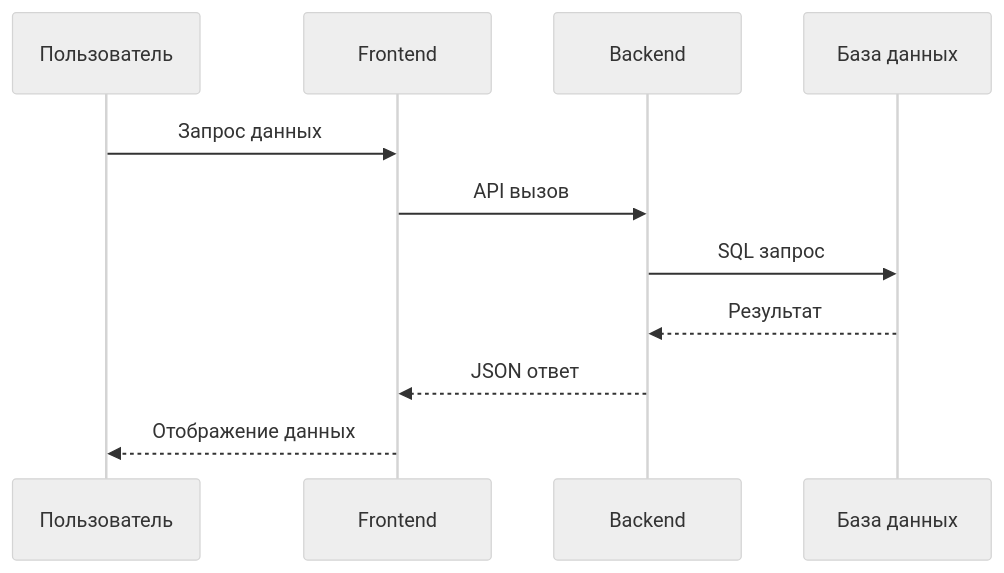
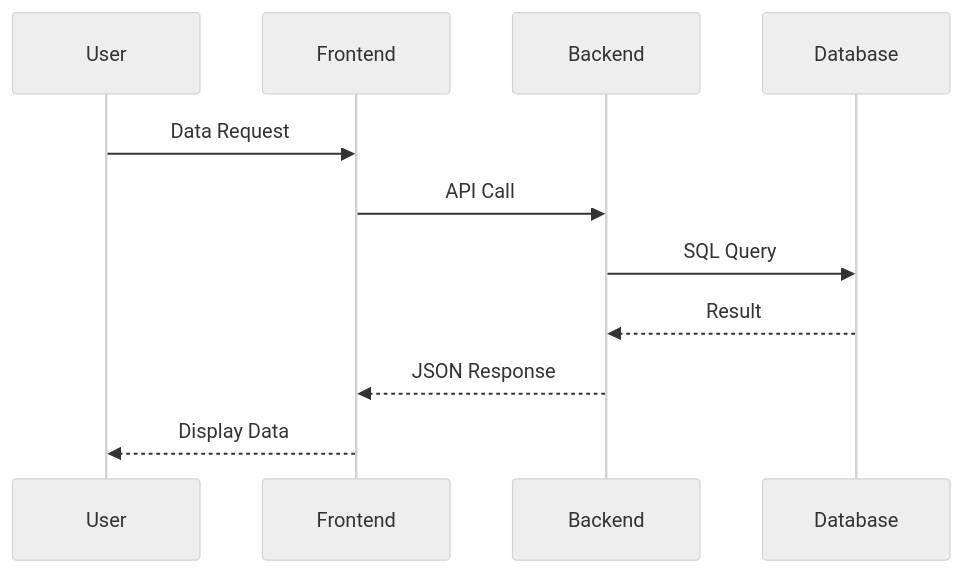
The second of 5 diagrams in content/1.mdx (GTFB/probo), drawn with Mermaid (neutral theme) before and after one commit. The commit also changed other lines of this file and 20 other files, not shown here.

````diff
--- a/content/1.mdx
+++ b/content/1.mdx
@@ -222,20 +219,20 @@
 ```mermaid
 %% zoom: true
 %% height: 60vh
 %% zoom-min: 0.5
 %% zoom-max: 3
 %% zoom-initial: 0.8
 %% disable-tooltip: true
 sequenceDiagram
-    participant U as Пользователь
+    participant U as User
     participant F as Frontend
     participant B as Backend
-    participant D as База данных
+    participant D as Database
 
-    U->>F: Запрос данных
-    F->>B: API вызов
-    B->>D: SQL запрос
-    D-->>B: Результат
-    B-->>F: JSON ответ
-    F-->>U: Отображение данных
+    U->>F: Data Request
+    F->>B: API Call
+    B->>D: SQL Query
+    D-->>B: Result
+    B-->>F: JSON Response
+    F-->>U: Display Data
 ```
````
